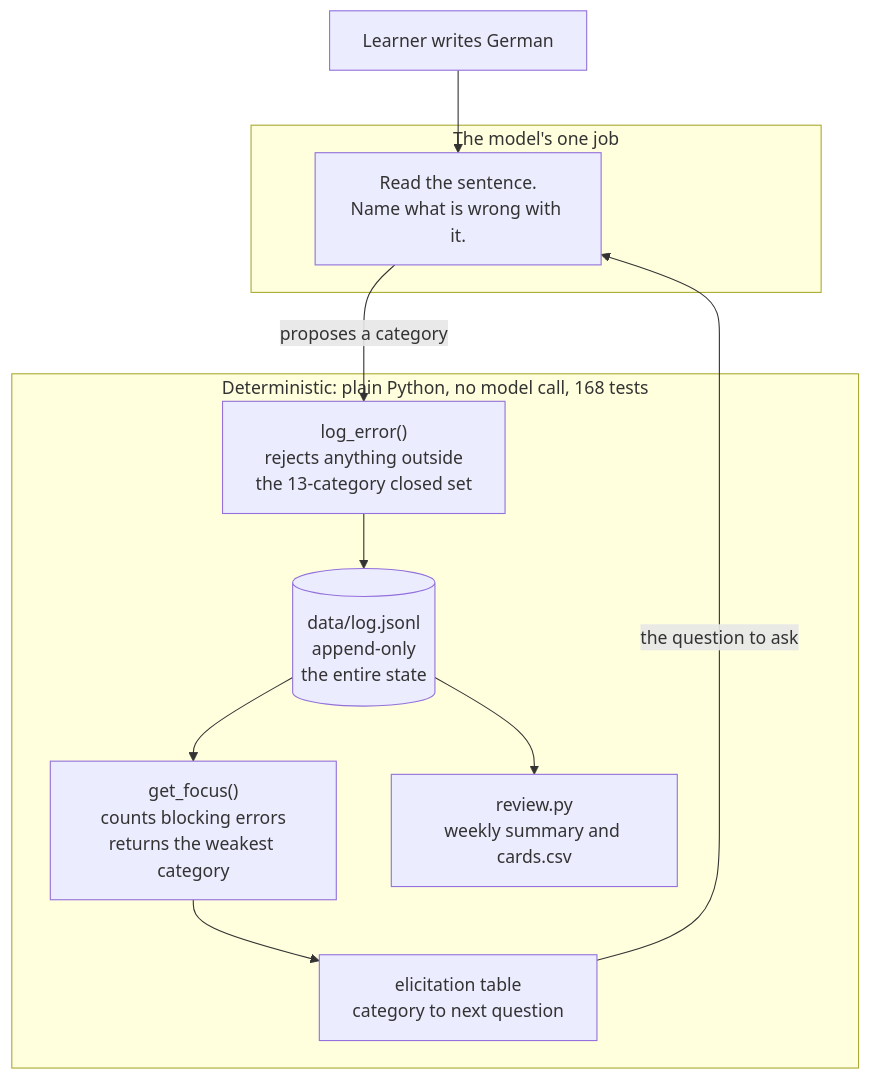
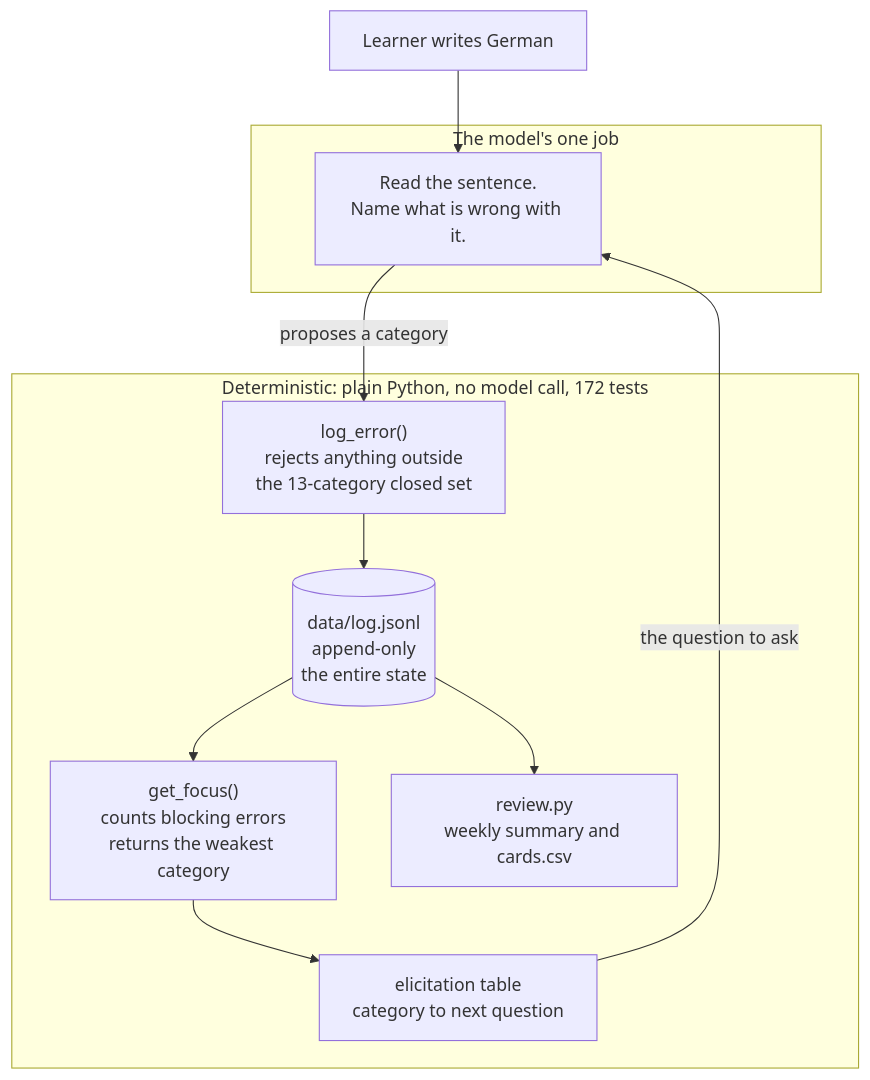
The diagram in README.md (ampaduchris/german-b1-tutor), drawn with Mermaid before and after one commit. The commit also changed other lines of this file and 3 other files, not shown here.

````diff
--- a/README.md
+++ b/README.md
@@ -30,22 +30,22 @@
 ```mermaid
 flowchart TD
     subgraph MODEL["The model's one job"]
         M["Read the sentence.<br/>Name what is wrong with it."]
     end
 
-    subgraph DET["Deterministic: plain Python, no model call, 168 tests"]
+    subgraph DET["Deterministic: plain Python, no model call, 172 tests"]
         V["log_error()<br/>rejects anything outside<br/>the 13-category closed set"]
         LOG[("data/log.jsonl<br/>append-only<br/>the entire state")]
         F["get_focus()<br/>counts blocking errors<br/>returns the weakest category"]
         T["elicitation table<br/>category to next question"]
         R["review.py<br/>weekly summary and cards.csv"]
     end
 
     L["Learner writes German"] --> M
     M -->|proposes a category| V
     V --> LOG
     LOG --> F
     F --> T
     LOG --> R
     T -->|the question to ask| M
 ```
````
